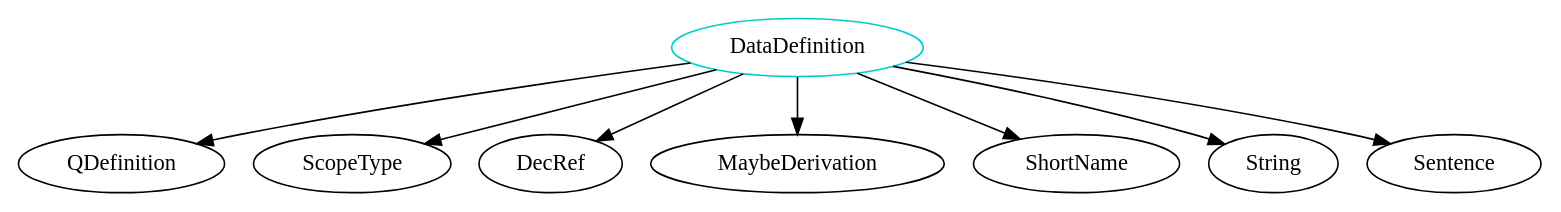
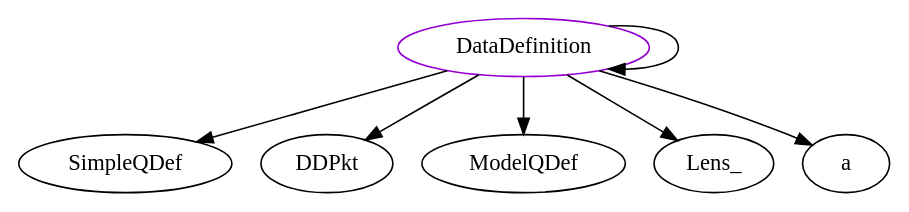
Before and after one commit to JacquesCarette/Drasil: the diagram in analysis/TypeDependencyGraphs/theory/DataDefinition.dot, drawn with Graphviz. The commit also changed 1222 other files, not shown here.

```diff
--- a/analysis/TypeDependencyGraphs/theory/DataDefinition.dot
+++ b/analysis/TypeDependencyGraphs/theory/DataDefinition.dot
@@ -1,10 +1,9 @@
 digraph datadefinition{
-DataDefinition	[shape=oval, color=cyan3, label="DataDefinition"];
-DataDefinition -> QDefinition;
-DataDefinition -> ScopeType;
-DataDefinition -> DecRef;
-DataDefinition -> MaybeDerivation;
-DataDefinition -> ShortName;
-DataDefinition -> String;
-DataDefinition -> Sentence;
+DataDefinition	[shape=oval, color=darkviolet, label="DataDefinition"];
+DataDefinition -> SimpleQDef;
+DataDefinition -> DDPkt;
+DataDefinition -> DataDefinition;
+DataDefinition -> ModelQDef;
+DataDefinition -> Lens_;
+DataDefinition -> a;
 }
```
